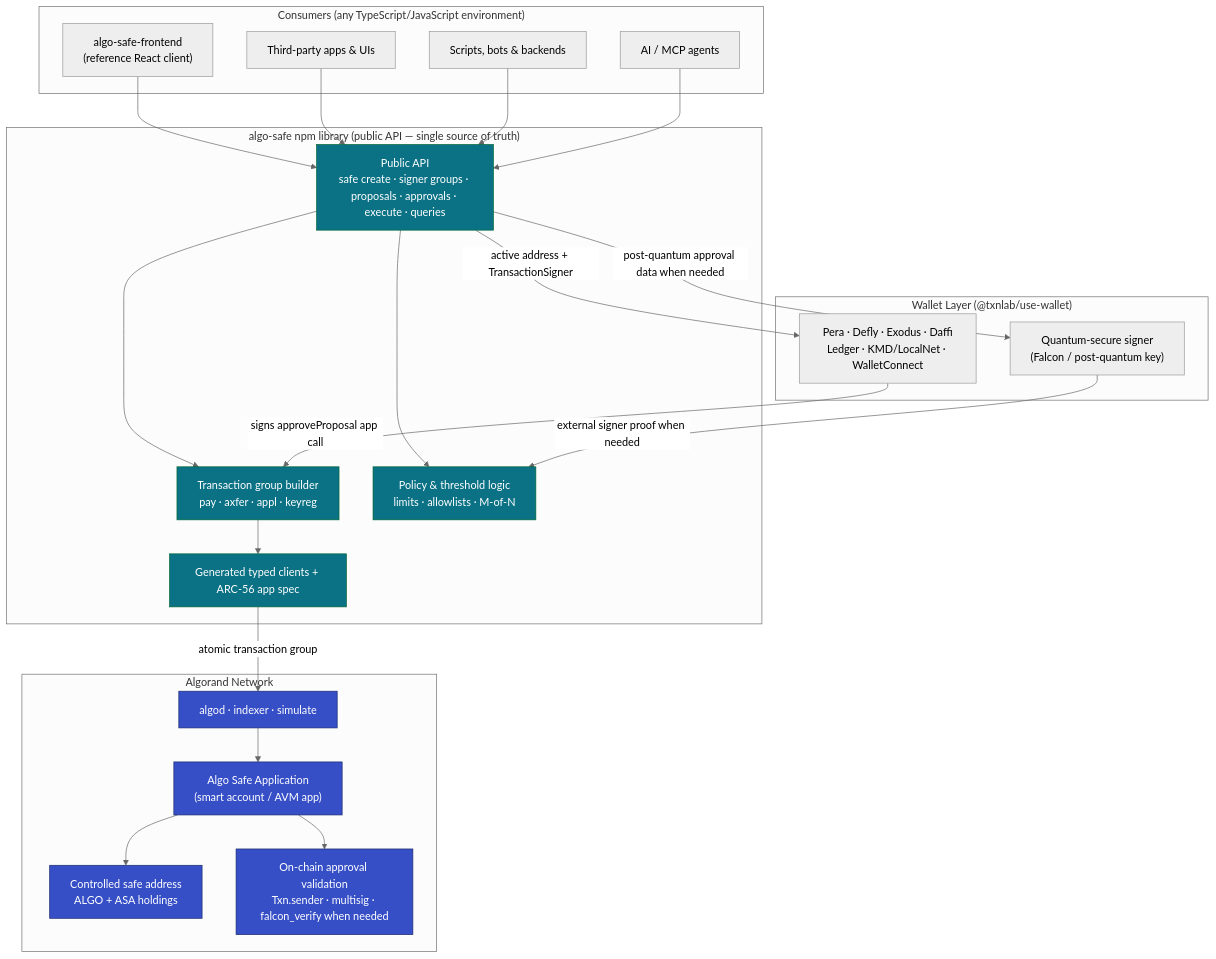
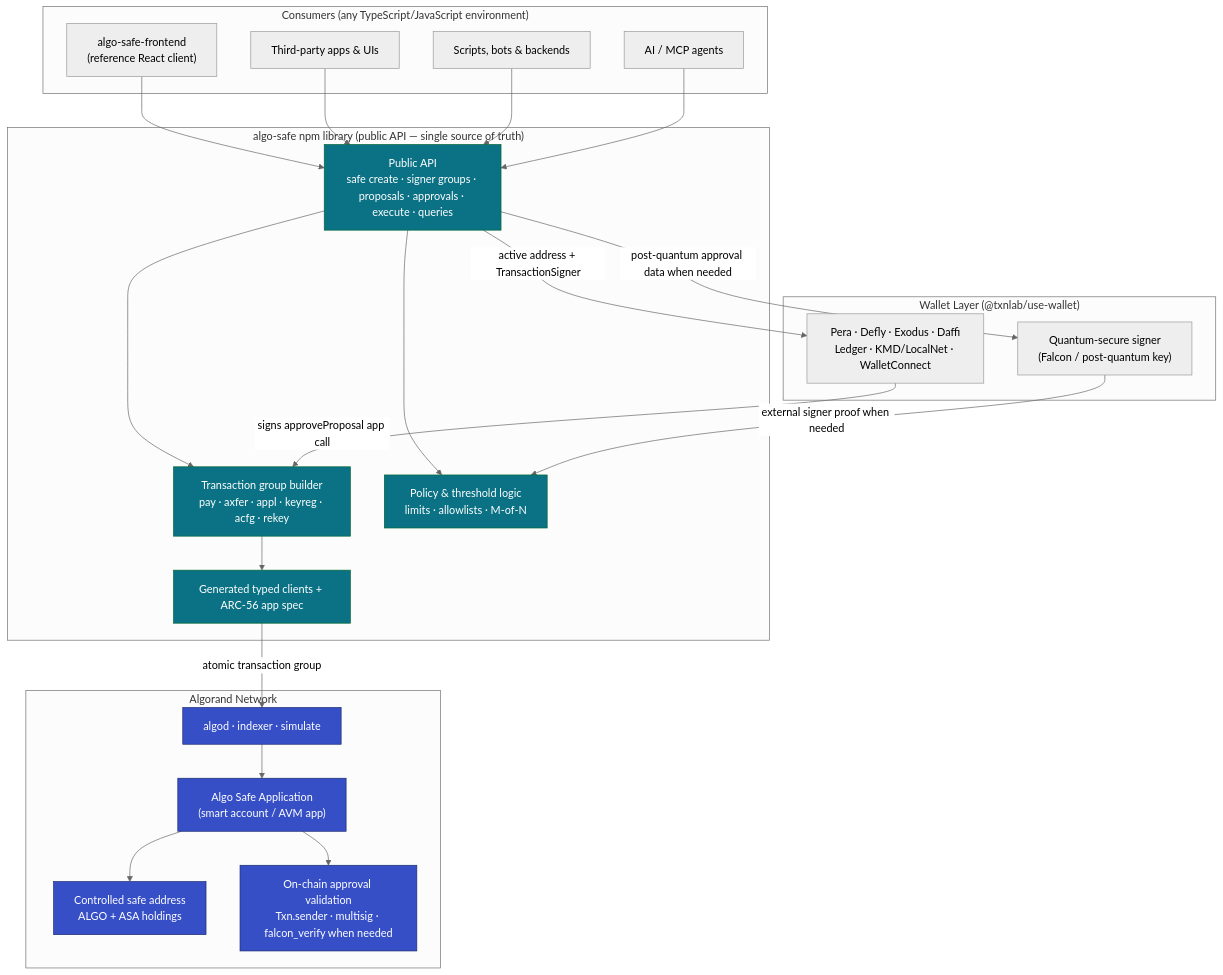
The fourth of 8 diagrams in PRODUCT-DESCRIPTION.md (ludovit-scholtz/algo-safe), drawn with Mermaid (neutral theme) before and after one commit. The commit also changed other lines of this file and 26 other files, not shown here.

````diff
--- a/PRODUCT-DESCRIPTION.md
+++ b/PRODUCT-DESCRIPTION.md
@@ -313,51 +324,51 @@
 ```mermaid
 flowchart TB
     subgraph Consumers["Consumers (any TypeScript/JavaScript environment)"]
         FE["algo-safe-frontend<br/>(reference React client)"]
         TP["Third-party apps & UIs"]
         BOT["Scripts, bots & backends"]
         AGENT["AI / MCP agents"]
     end
 
     subgraph Wallets["Wallet Layer (@txnlab/use-wallet)"]
         W["Pera · Defly · Exodus · Daffi<br/>Ledger · KMD/LocalNet · WalletConnect"]
         PQ["Quantum-secure signer<br/>(Falcon / post-quantum key)"]
     end
 
     subgraph Library["algo-safe npm library (public API — single source of truth)"]
         API["Public API<br/>safe create · signer groups · proposals · approvals · execute · queries"]
-        BUILD["Transaction group builder<br/>pay · axfer · appl · keyreg"]
+        BUILD["Transaction group builder<br/>pay · axfer · appl · keyreg · acfg · rekey"]
         POLICY["Policy & threshold logic<br/>limits · allowlists · M-of-N"]
         CLIENT["Generated typed clients + ARC-56 app spec"]
         API --> BUILD
         API --> POLICY
         BUILD --> CLIENT
     end
 
     subgraph Chain["Algorand Network"]
         APP["Algo Safe Application<br/>(smart account / AVM app)"]
         SAFEADDR["Controlled safe address<br/>ALGO + ASA holdings"]
         ALGOD["algod · indexer · simulate"]
         VERIFY["On-chain approval validation<br/>Txn.sender · multisig · falcon_verify when needed"]
     end
 
     FE --> API
     TP --> API
     BOT --> API
     AGENT --> API
 
     API -- "active address + TransactionSigner" --> W
     API -- "post-quantum approval data when needed" --> PQ
     W -- "signs approveProposal app call" --> BUILD
     PQ -- "external signer proof when needed" --> POLICY
 
     CLIENT -- "atomic transaction group" --> ALGOD
     ALGOD --> APP
     APP --> SAFEADDR
     APP --> VERIFY
 
     classDef boundary fill:#0b7285,stroke:#063,color:#fff;
     classDef chain fill:#364fc7,stroke:#1a2a6c,color:#fff;
     class API,BUILD,POLICY,CLIENT boundary;
     class APP,SAFEADDR,ALGOD,VERIFY chain;
 ```
````
